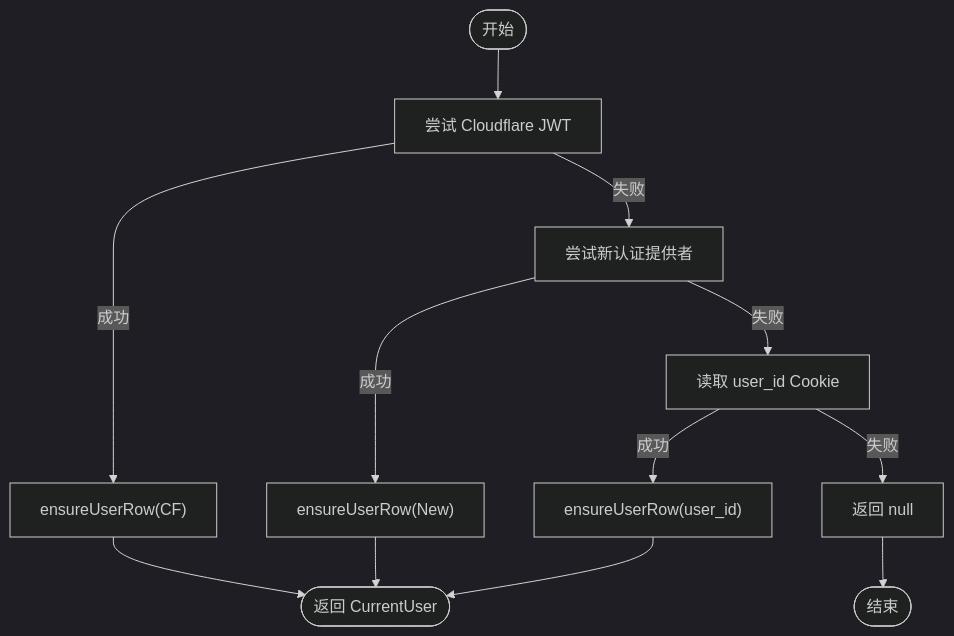
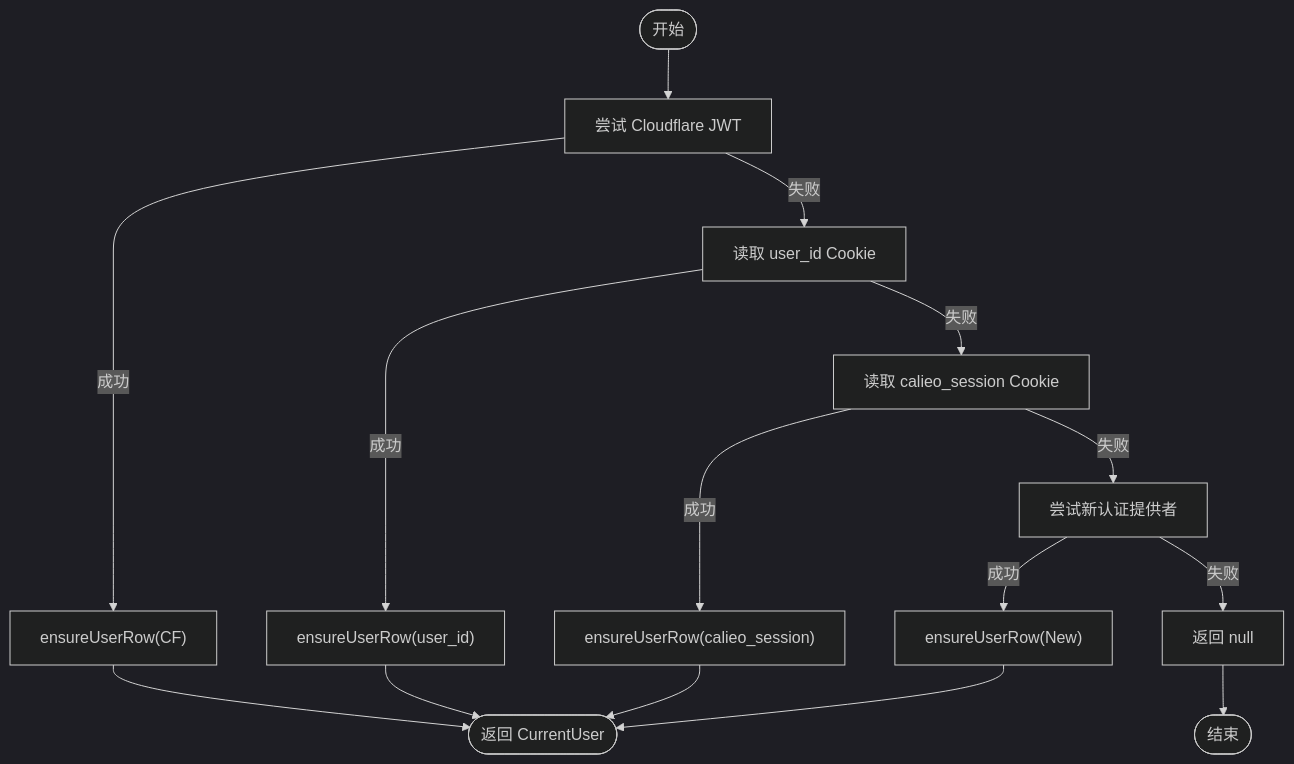
Before and after one commit to pnnh/weable: diagram 11 of 11 in .qoder/repowiki/zh/content/架构设计/认证架构设计/多源认证机制.md, drawn with Mermaid (dark theme). The commit also changed other lines of this file and 187 other files, not shown here.

````diff
--- a/.qoder/repowiki/zh/content/架构设计/认证架构设计/多源认证机制.md
+++ b/.qoder/repowiki/zh/content/架构设计/认证架构设计/多源认证机制.md
@@ -352,14 +521,17 @@
 ```mermaid
 flowchart TD
 Start(["开始"]) --> TryCF["尝试 Cloudflare JWT"]
 TryCF --> |成功| EnsureCF["ensureUserRow(CF)"]
-TryCF --> |失败| TryNew["尝试新认证提供者"]
+TryCF --> |失败| TryUserId["读取 user_id Cookie"]
+TryUserId --> |成功| EnsureUserId["ensureUserRow(user_id)"]
+TryUserId --> |失败| TryCalieo["读取 calieo_session Cookie"]
+TryCalieo --> |成功| EnsureCalieo["ensureUserRow(calieo_session)"]
+TryCalieo --> |失败| TryNew["尝试新认证提供者"]
 TryNew --> |成功| EnsureNew["ensureUserRow(New)"]
-TryNew --> |失败| TryCookie["读取 user_id Cookie"]
-TryCookie --> |成功| EnsureCookie["ensureUserRow(user_id)"]
-TryCookie --> |失败| ReturnNull["返回 null"]
+TryNew --> |失败| ReturnNull["返回 null"]
 EnsureCF --> Done(["返回 CurrentUser"])
+EnsureUserId --> Done
+EnsureCalieo --> Done
 EnsureNew --> Done
-EnsureCookie --> Done
 ReturnNull --> End(["结束"])
 ```
````
